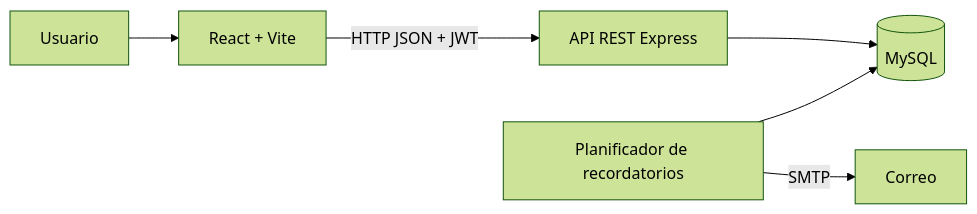
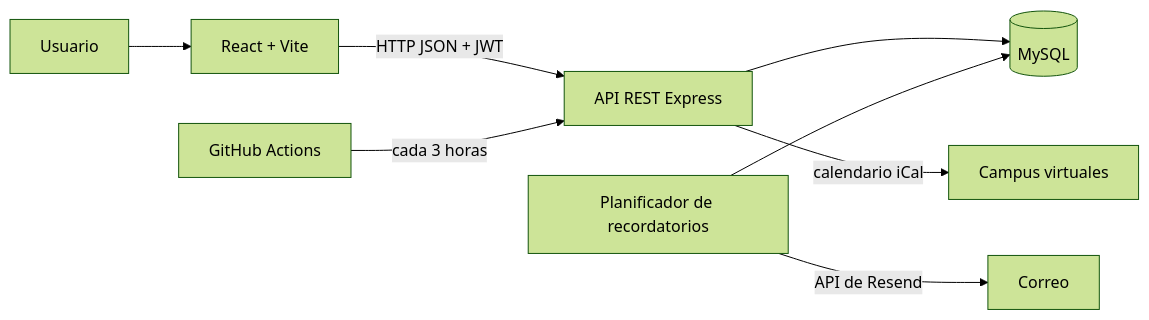
One commit to royzeer/kuadri changed the diagram in README.md. Above: the diagram before and after it, drawn with Mermaid (forest theme). The commit also changed other lines of this file and 1 other file, not shown here.

````diff
--- a/README.md
+++ b/README.md
@@ -98,8 +108,10 @@
 ```mermaid
 flowchart LR
   U[Usuario] --> FE[React + Vite]
   FE -->|HTTP JSON + JWT| API[API REST Express]
   API --> DB[(MySQL)]
   CRON[Planificador de recordatorios] --> DB
-  CRON -->|SMTP| MAIL[Correo]
+  CRON -->|API de Resend| MAIL[Correo]
+  GHA[GitHub Actions] -->|cada 3 horas| API
+  API -->|calendario iCal| CAMPUS[Campus virtuales]
 ```
````
